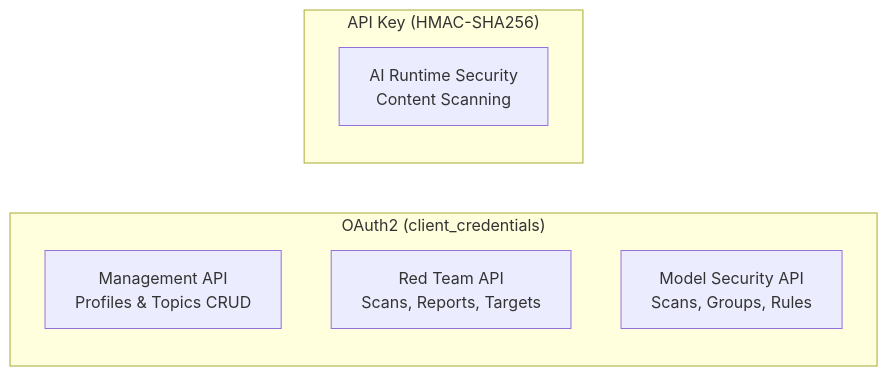
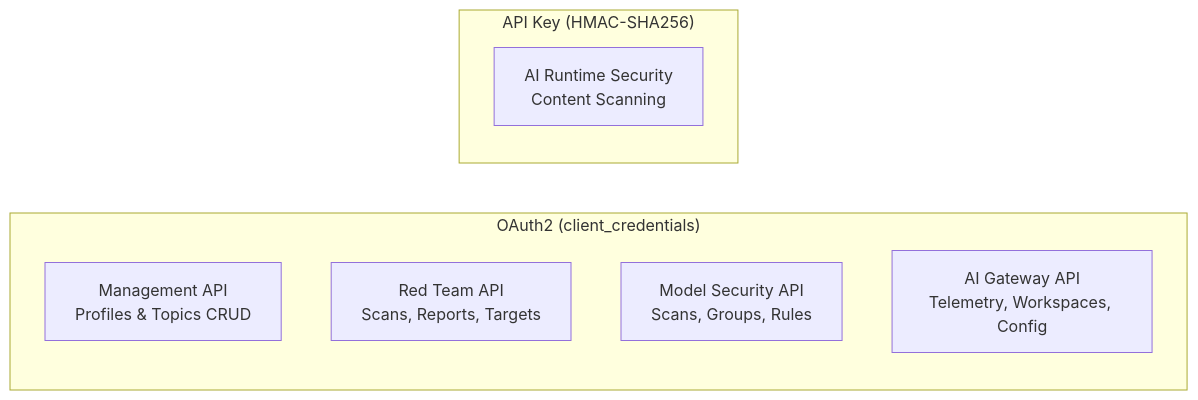
The diagram in docs-site/docs/getting-started/quick-start.mdx (cdot65/prisma-airs-sdk), drawn with Mermaid before and after one commit. The commit also changed other lines of this file and 16 other files, not shown here.

````diff
--- a/docs-site/docs/getting-started/quick-start.mdx
+++ b/docs-site/docs/getting-started/quick-start.mdx
@@ -17,11 +17,12 @@
 ```mermaid
 graph LR
     subgraph "OAuth2 (client_credentials)"
         MGMT[Management API<br/>Profiles & Topics CRUD]
         RT[Red Team API<br/>Scans, Reports, Targets]
         MS[Model Security API<br/>Scans, Groups, Rules]
+        GW[AI Gateway API<br/>Telemetry, Workspaces, Config]
     end
     subgraph "API Key (HMAC-SHA256)"
         SCAN[AI Runtime Security<br/>Content Scanning]
     end
 ```
````
